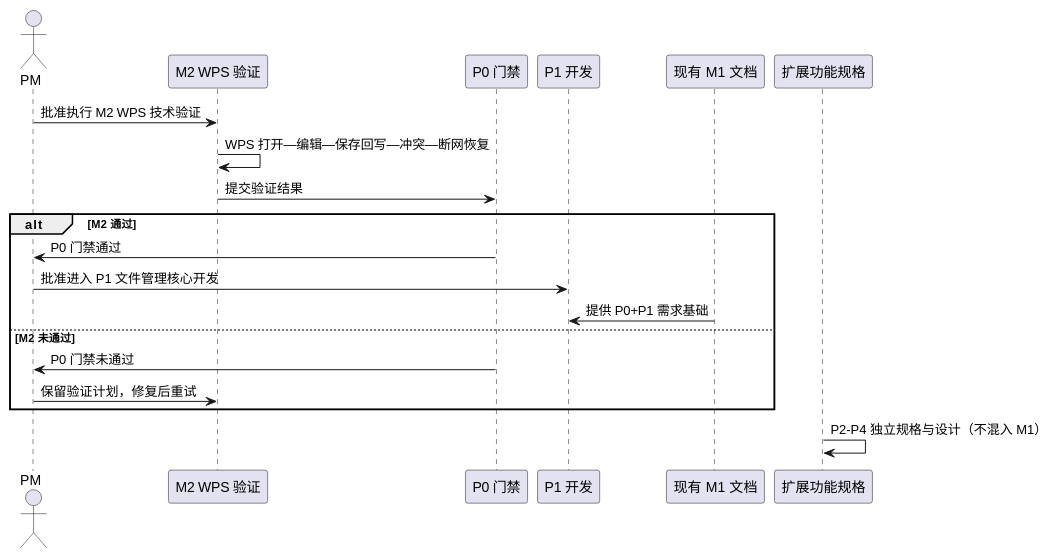
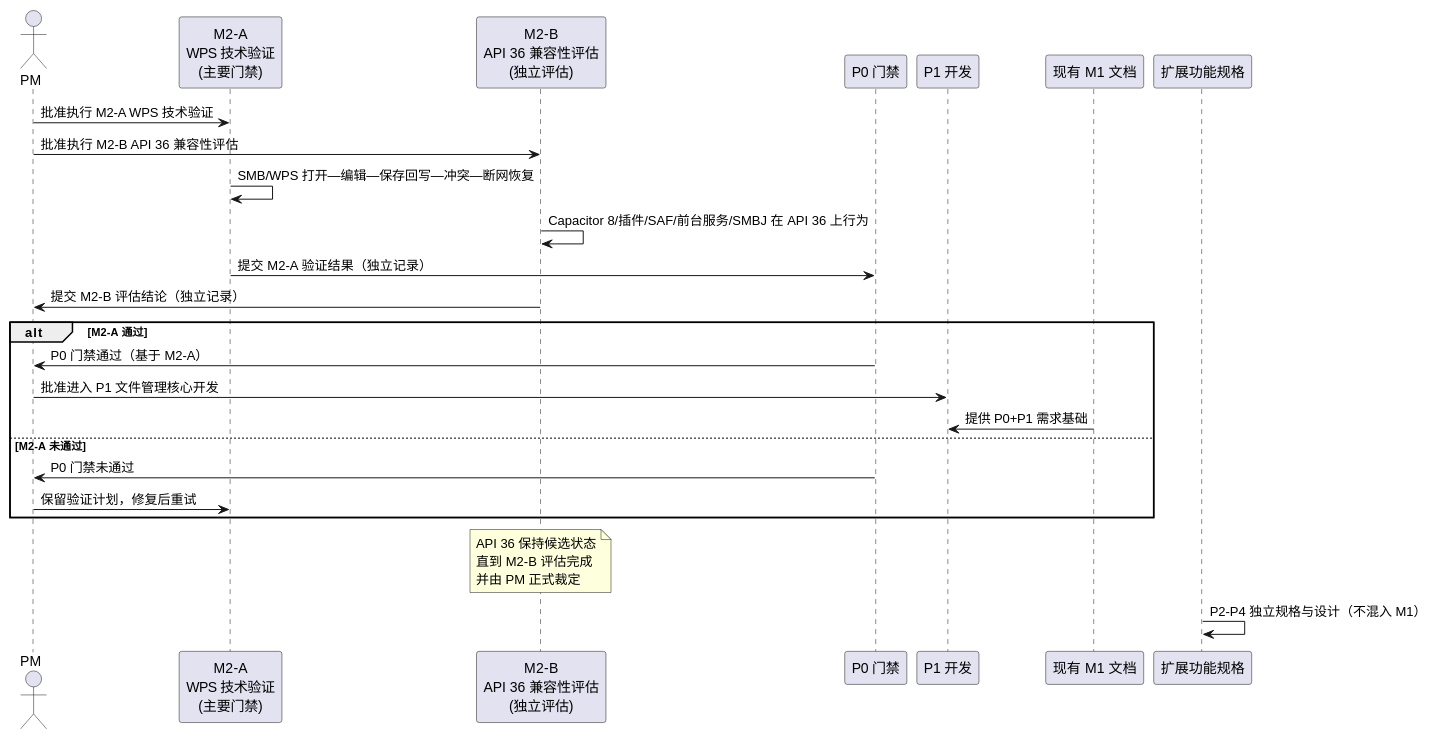
One commit to wujupeng/andriodpad2 changed the seventh of 8 diagrams in docs/product_scope/PAD2-PRODUCT-SCOPE-001.md. Above: the diagram before and after it, drawn with PlantUML. The commit also changed other lines of this file, not shown here.

````diff
--- a/docs/product_scope/PAD2-PRODUCT-SCOPE-001.md
+++ b/docs/product_scope/PAD2-PRODUCT-SCOPE-001.md
@@ -777,24 +809,29 @@
 ```plantuml
 @startuml
 actor "PM" as PM
-participant "M2 WPS 验证" as M2
+participant "M2-A\nWPS 技术验证\n(主要门禁)" as M2A
+participant "M2-B\nAPI 36 兼容性评估\n(独立评估)" as M2B
 participant "P0 门禁" as P0
 participant "P1 开发" as P1
 participant "现有 M1 文档" as M1
 participant "扩展功能规格" as ExtSpec
 
-PM -> M2 : 批准执行 M2 WPS 技术验证
-M2 -> M2 : WPS 打开—编辑—保存回写—冲突—断网恢复
-M2 -> P0 : 提交验证结果
-alt M2 通过
-    P0 -> PM : P0 门禁通过
+PM -> M2A : 批准执行 M2-A WPS 技术验证
+PM -> M2B : 批准执行 M2-B API 36 兼容性评估
+M2A -> M2A : SMB/WPS 打开—编辑—保存回写—冲突—断网恢复
+M2B -> M2B : Capacitor 8/插件/SAF/前台服务/SMBJ 在 API 36 上行为
+M2A -> P0 : 提交 M2-A 验证结果（独立记录）
+M2B -> PM : 提交 M2-B 评估结论（独立记录）
+alt M2-A 通过
+    P0 -> PM : P0 门禁通过（基于 M2-A）
     PM -> P1 : 批准进入 P1 文件管理核心开发
     M1 -> P1 : 提供 P0+P1 需求基础
-else M2 未通过
+else M2-A 未通过
     P0 -> PM : P0 门禁未通过
-    PM -> M2 : 保留验证计划，修复后重试
+    PM -> M2A : 保留验证计划，修复后重试
 end
+note over M2B : API 36 保持候选状态\n直到 M2-B 评估完成\n并由 PM 正式裁定
 ExtSpec -> ExtSpec : P2-P4 独立规格与设计（不混入 M1）
 
 @enduml
 ```
````
